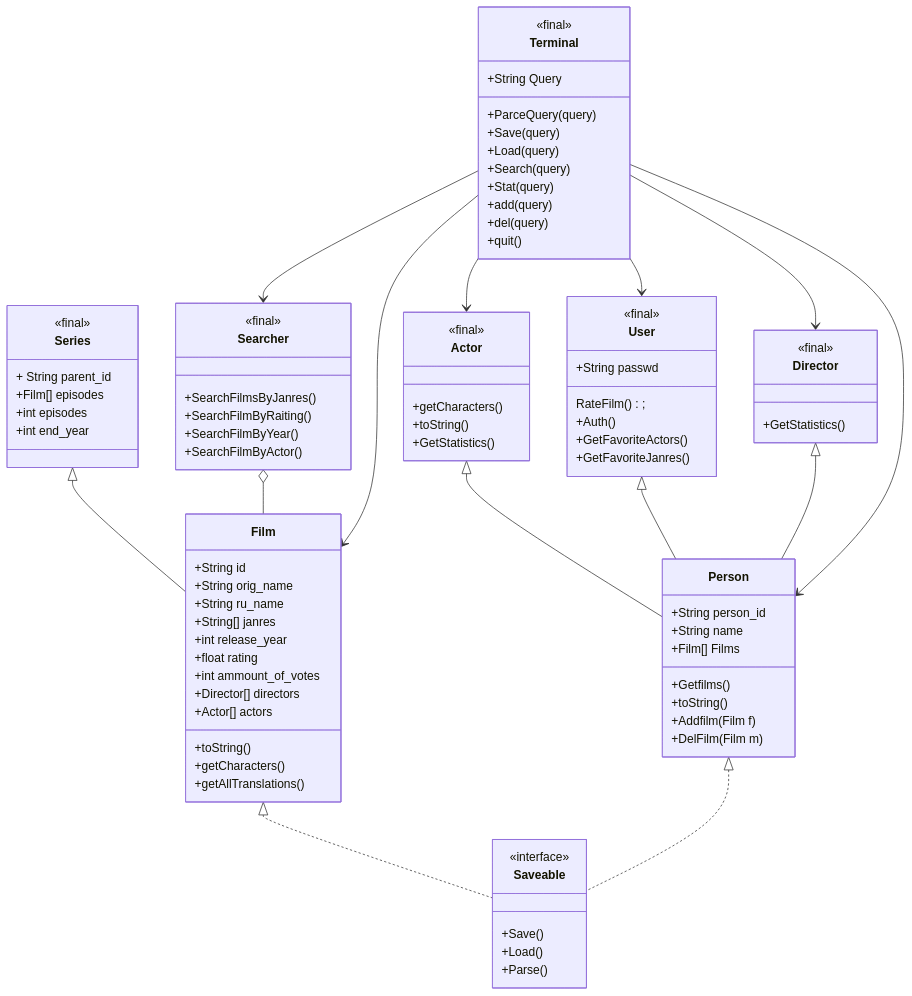
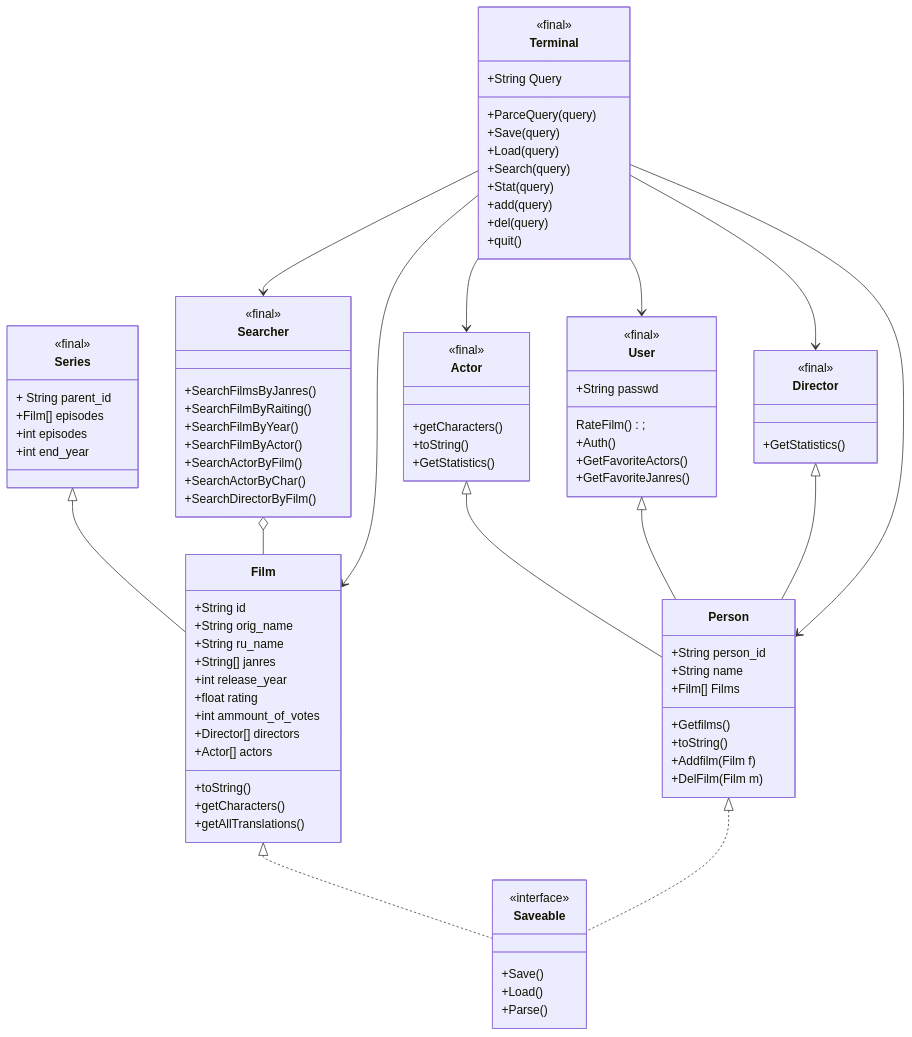
The diagram in Java_OOP/Monastyrskiy/Java_project/docs/structure.md (mmonastyrskiy/Programming_3_sem), drawn with Mermaid before and after one commit.

```diff
--- a/Java_OOP/Monastyrskiy/Java_project/docs/structure.md
+++ b/Java_OOP/Monastyrskiy/Java_project/docs/structure.md
@@ -98,6 +98,9 @@
     +SearchFilmByRaiting()
     +SearchFilmByYear()
     +SearchFilmByActor()
+    +SearchActorByFilm()
+    +SearchActorByChar()
+    +SearchDirectorByFilm()
     }
     
     Actor <|-- Person
```
